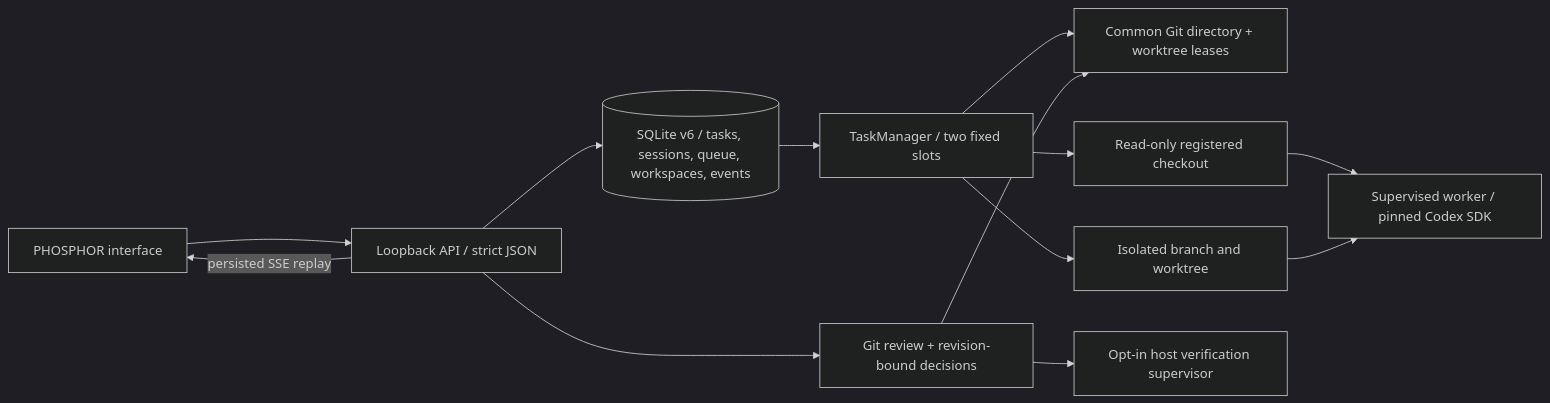
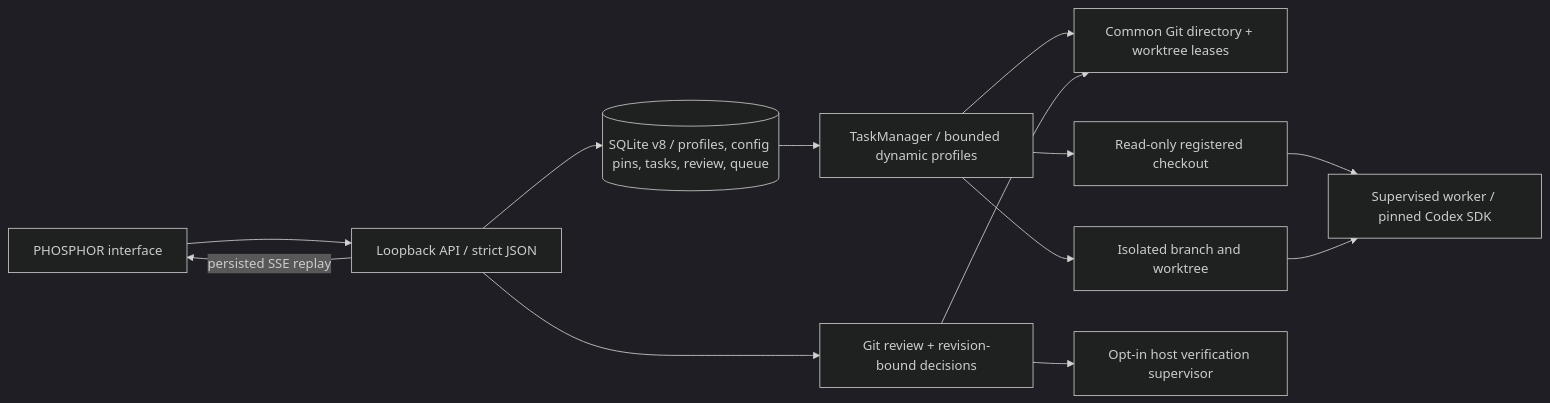
Before and after one commit to vlovers/ai-office: the diagram in docs/ARCHITECTURE.md, drawn with Mermaid (dark theme). The commit also changed other lines of this file and 24 other files, not shown here.

````diff
--- a/docs/ARCHITECTURE.md
+++ b/docs/ARCHITECTURE.md
@@ -5,15 +5,15 @@
 ```mermaid
 flowchart LR
   UI[PHOSPHOR interface] --> API[Loopback API / strict JSON]
-  API --> Store[(SQLite v6 / tasks, sessions, queue, workspaces, events)]
-  Store --> Manager[TaskManager / two fixed slots]
+  API --> Store[(SQLite v8 / profiles, config pins, tasks, review, queue)]
+  Store --> Manager[TaskManager / bounded dynamic profiles]
   Manager --> Leases[Common Git directory + worktree leases]
   Manager --> RO[Read-only registered checkout]
   Manager --> WT[Isolated branch and worktree]
   RO --> Codex[Supervised worker / pinned Codex SDK]
   WT --> Codex
   API --> Review[Git review + revision-bound decisions]
   Review --> Leases
   Review --> Verify[Opt-in host verification supervisor]
   API -->|persisted SSE replay| UI
 ```
````
